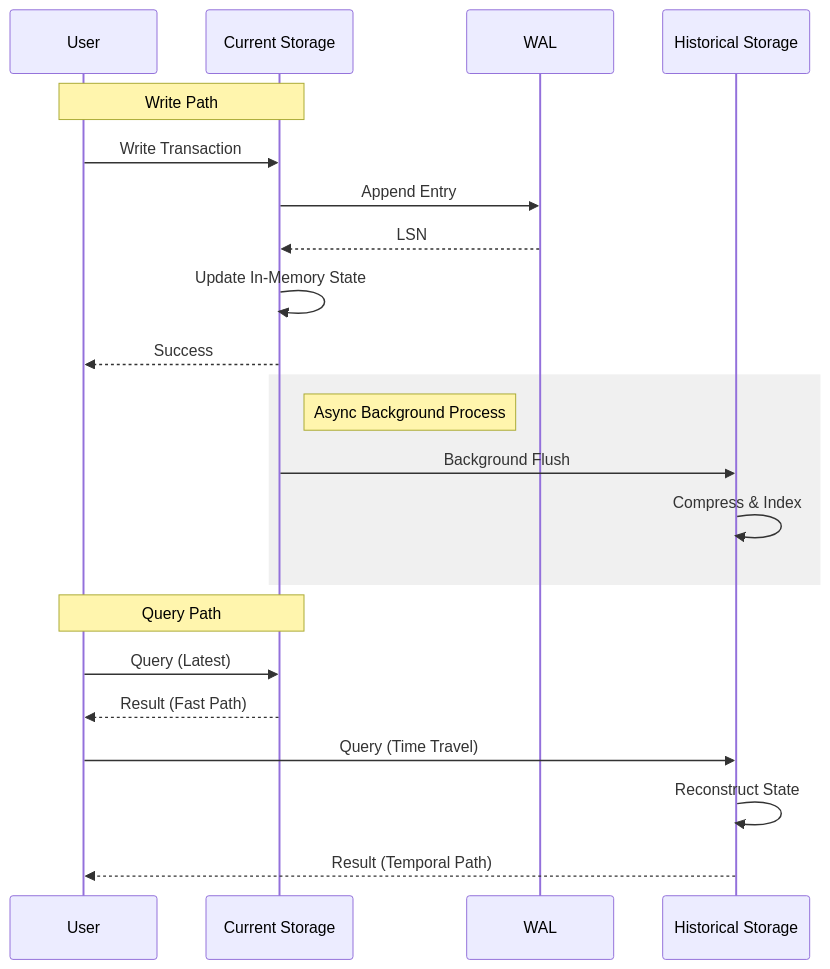
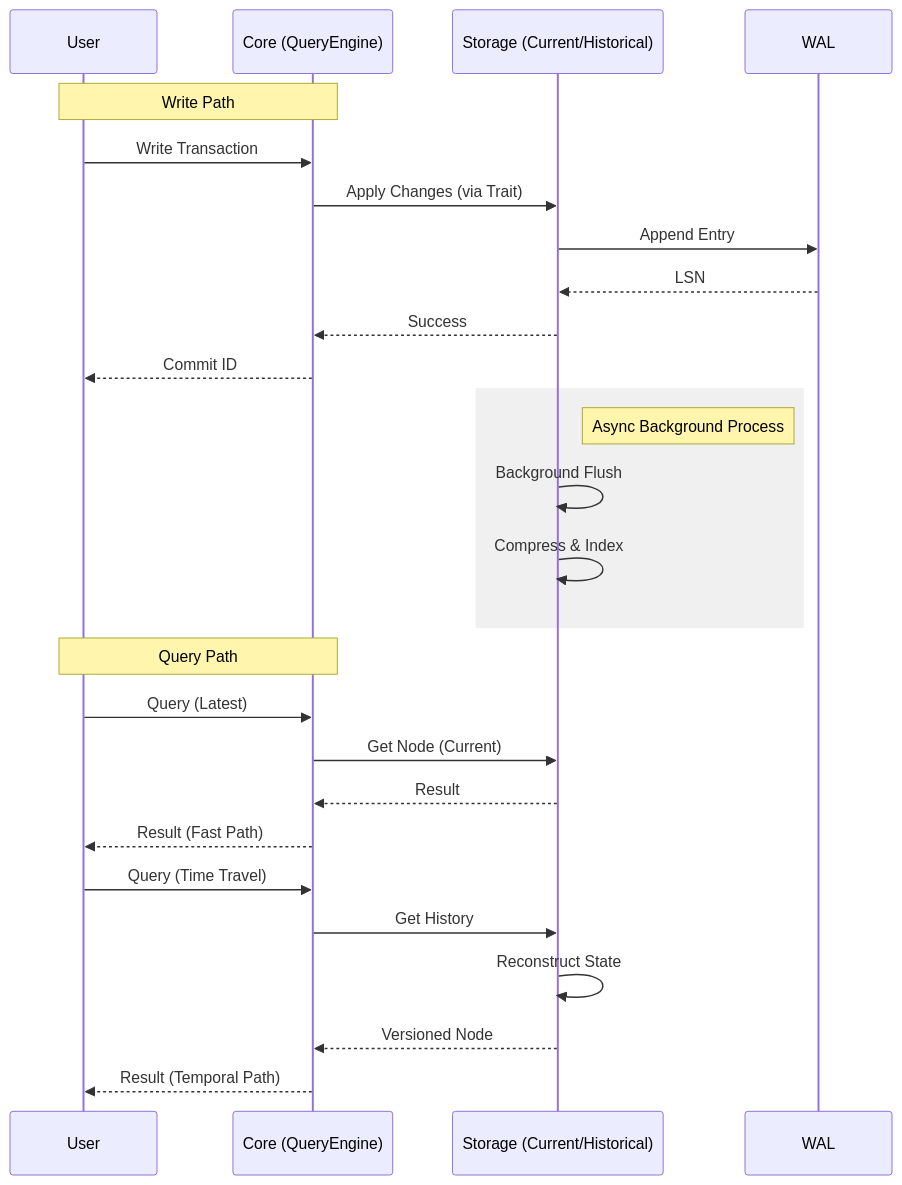
Before and after one commit to autumn-foundation/AletheiaDB: the third of 3 diagrams in docs/ARCHITECTURE.md, drawn with Mermaid. The commit also changed other lines of this file and 1 other file, not shown here.

Commit message:
docs: Update architecture diagrams and fix ADR conflict
- Rename docs/adr/0026-encryption-at-rest.md to 0028-encryption-at-rest.md to resolve conflict
- Update docs/ARCHITECTURE.md with C4 Context diagram
- Update docs/ARCHITECTURE.md Class Diagram to clarify Core/Storage separation
- Update docs/ARCHITECTURE.md Sequence Diagram to show Core->Storage flow
- Verified ADR-0027 exists and matches requirements

````diff
--- a/docs/ARCHITECTURE.md
+++ b/docs/ARCHITECTURE.md
@@ -122,28 +138,33 @@
 ```mermaid
 sequenceDiagram
     participant User
-    participant Current as Current Storage
+    participant Core as Core (QueryEngine)
+    participant Storage as Storage (Current/Historical)
     participant WAL
-    participant Historical as Historical Storage
 
-    Note over User, Current: Write Path
-    User->>Current: Write Transaction
-    Current->>WAL: Append Entry
-    WAL-->>Current: LSN
-    Current->>Current: Update In-Memory State
-    Current-->>User: Success
+    Note over User, Core: Write Path
+    User->>Core: Write Transaction
+    Core->>Storage: Apply Changes (via Trait)
+    Storage->>WAL: Append Entry
+    WAL-->>Storage: LSN
+    Storage-->>Core: Success
+    Core-->>User: Commit ID
 
     rect rgb(240, 240, 240)
-        Note right of Current: Async Background Process
-        Current->>Historical: Background Flush
-        Historical->>Historical: Compress & Index
+        Note right of Storage: Async Background Process
+        Storage->>Storage: Background Flush
+        Storage->>Storage: Compress & Index
     end
 
-    Note over User, Current: Query Path
-    User->>Current: Query (Latest)
-    Current-->>User: Result (Fast Path)
+    Note over User, Core: Query Path
+    User->>Core: Query (Latest)
+    Core->>Storage: Get Node (Current)
+    Storage-->>Core: Result
+    Core-->>User: Result (Fast Path)
 
-    User->>Historical: Query (Time Travel)
-    Historical->>Historical: Reconstruct State
-    Historical-->>User: Result (Temporal Path)
+    User->>Core: Query (Time Travel)
+    Core->>Storage: Get History
+    Storage->>Storage: Reconstruct State
+    Storage-->>Core: Versioned Node
+    Core-->>User: Result (Temporal Path)
 ```
````
